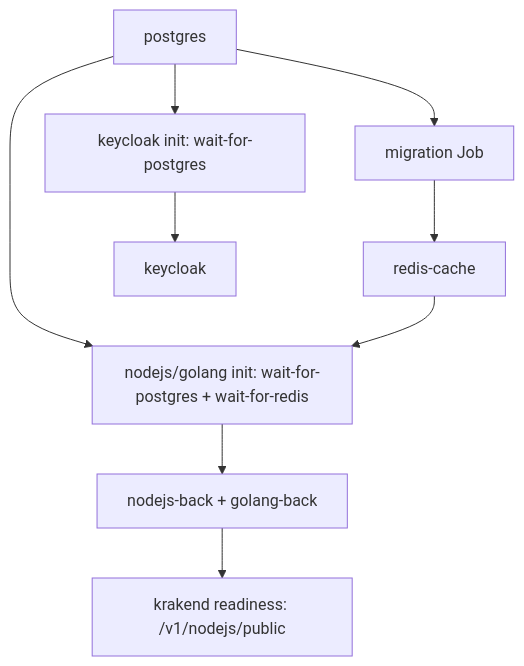
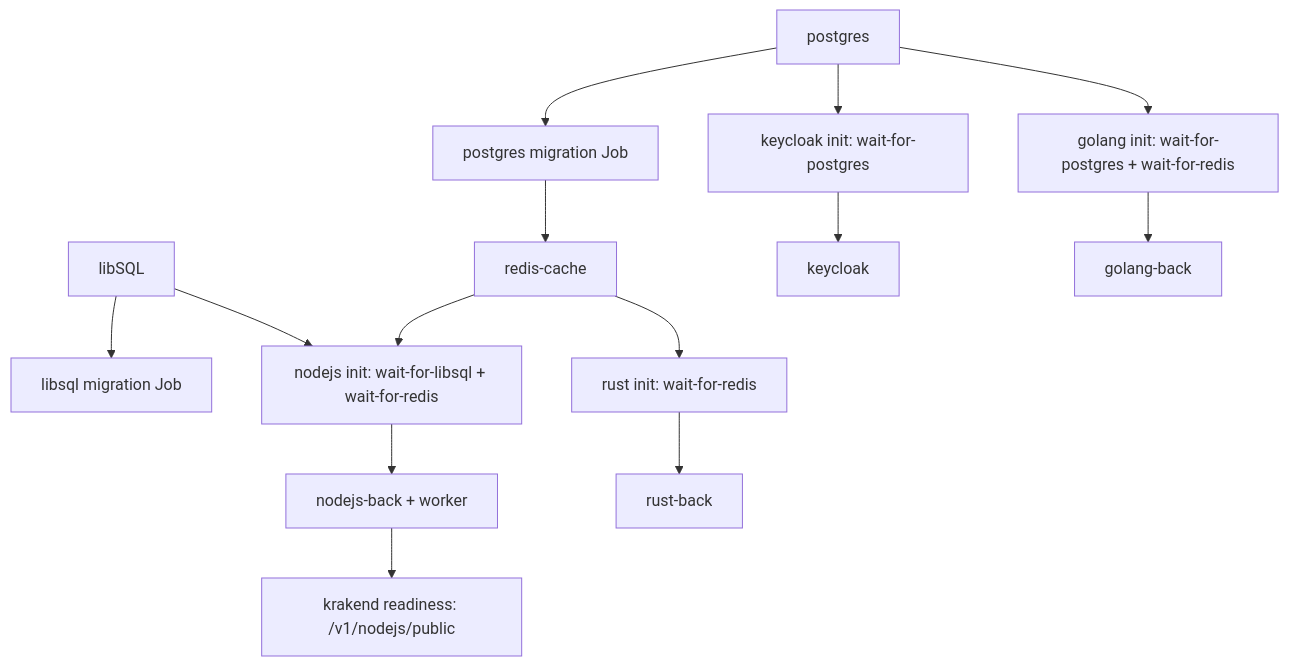
The third of 3 diagrams in docs/ARCHITECTURE.md (abc0990cba/k8s-helm-sandbox), drawn with Mermaid before and after one commit. The commit also changed other lines of this file and 3 other files, not shown here.

First line of the commit message:
docs: polyglot architecture rewrite + video demo script

````diff
--- a/docs/ARCHITECTURE.md
+++ b/docs/ARCHITECTURE.md
@@ -91,9 +122,14 @@
 ```mermaid
 flowchart TD
-    P[postgres] --> MJ[migration Job] --> R[redis-cache]
+    P[postgres] --> MJ[postgres migration Job] --> R[redis-cache]
+    L[libSQL] --> LJ[libsql migration Job]
+    L --> NI[nodejs init: wait-for-libsql + wait-for-redis]
     P --> KI[keycloak init: wait-for-postgres] --> KC[keycloak]
-    P --> NI[nodejs/golang init: wait-for-postgres + wait-for-redis]
+    P --> GI[golang init: wait-for-postgres + wait-for-redis]
+    R --> RI[rust init: wait-for-redis]
     R --> NI
-    NI --> NB[nodejs-back + golang-back]
+    NI --> NB[nodejs-back + worker]
+    GI --> GB[golang-back]
+    RI --> RB[rust-back]
     NB --> KR[krakend readiness: /v1/nodejs/public]
 ```
````
